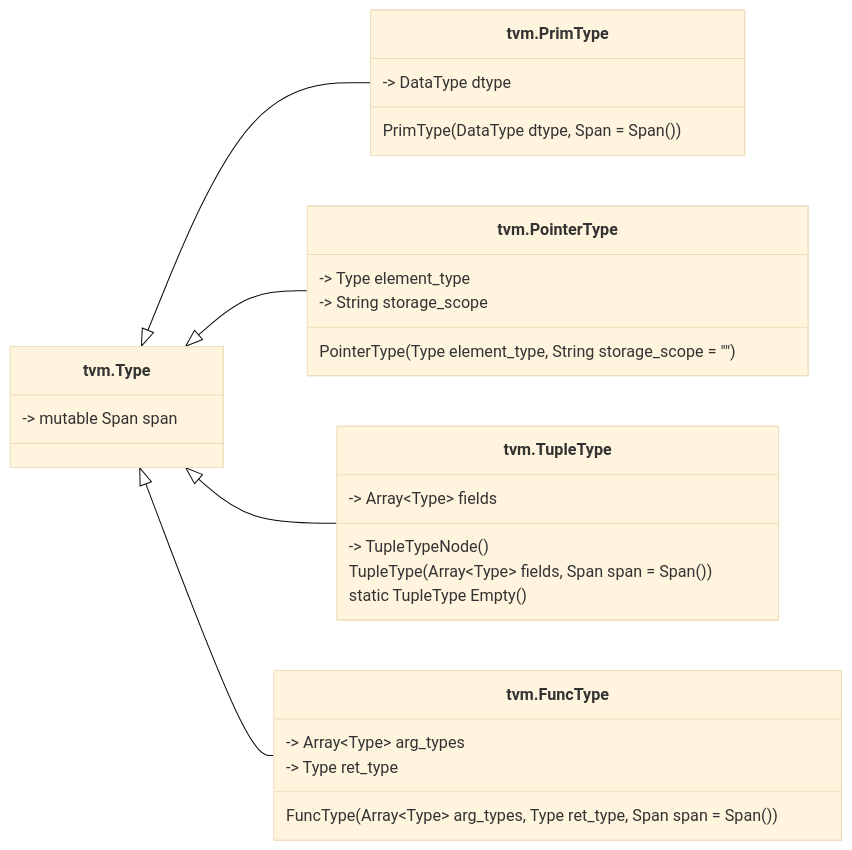
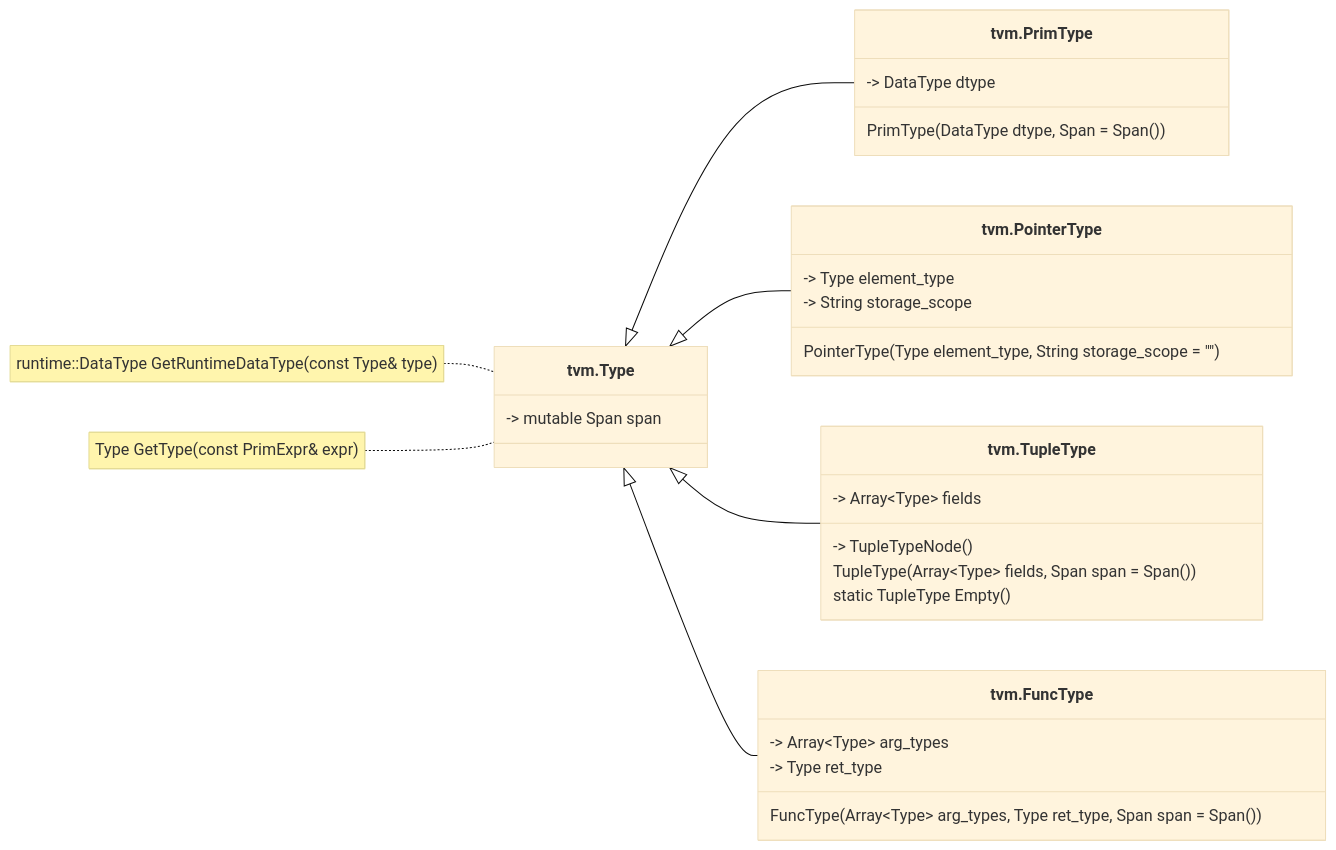
Before and after one commit to ConvolutedDog/oot-tvm-example-project: the second of 22 diagrams in tests/cpp/README.md, drawn with Mermaid (base theme). The commit also changed 7 other files, not shown here.

````diff
--- a/tests/cpp/README.md
+++ b/tests/cpp/README.md
@@ -547,34 +547,37 @@
 ```mermaid
 classDiagram
     direction LR
 
     tvm.Type <|-- tvm.PrimType
     tvm.Type <|-- tvm.PointerType
     tvm.Type <|-- tvm.TupleType
     tvm.Type <|-- tvm.FuncType
 
     class tvm.Type {
       -> mutable Span span
     }
+
+    note for tvm.Type "runtime::DataType GetRuntimeDataType(const Type& type)"
+    note for tvm.Type "Type GetType(const PrimExpr& expr)"
 
     class tvm.PrimType {
         -> DataType dtype
         PrimType(DataType dtype, Span = Span())
     }
     class tvm.PointerType {
         -> Type element_type
         -> String storage_scope
         PointerType(Type element_type, String storage_scope = "")
     }
     class tvm.TupleType {
         -> Array&ltType&gt fields
         -> TupleTypeNode()
         TupleType(Array&ltType&gt fields, Span span = Span())
         static TupleType Empty()
     }
     class tvm.FuncType {
         -> Array&ltType&gt arg_types
         -> Type ret_type
         FuncType(Array&ltType&gt arg_types, Type ret_type, Span span = Span())
     }
 ```
````
